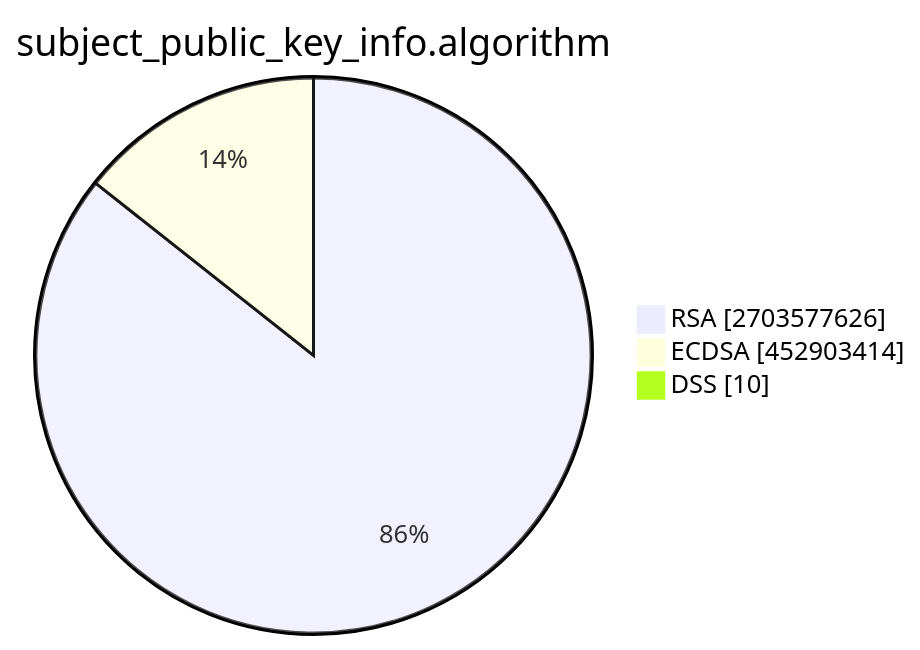
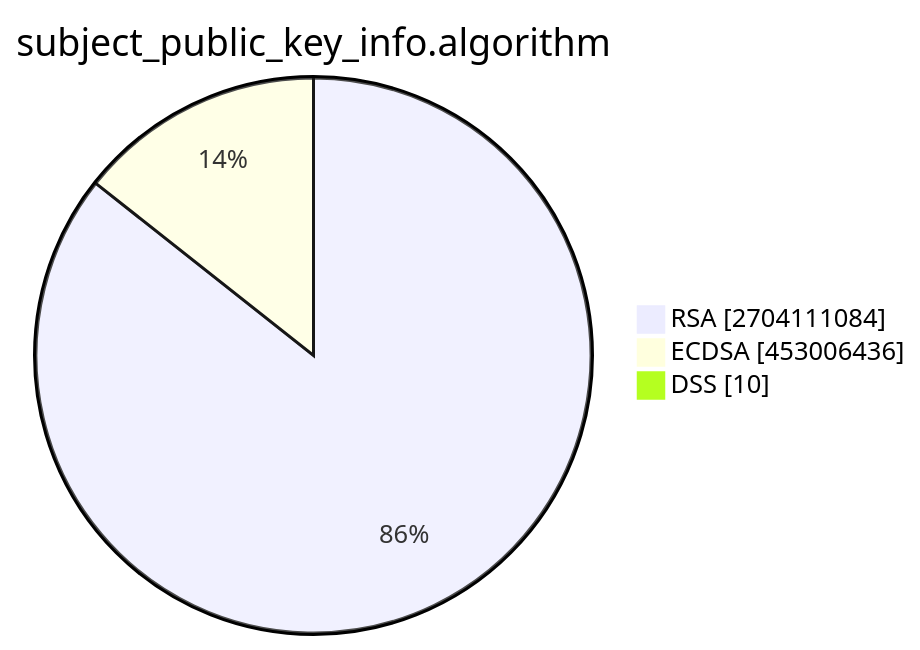
The second of 15 diagrams in TOTAL/README.md (christiankrug/ctmonitor_visualization), drawn with Mermaid before and after one commit. The commit also changed other lines of this file, not shown here.

````diff
--- a/TOTAL/README.md
+++ b/TOTAL/README.md
@@ -6,7 +6,7 @@
 ```mermaid
 pie showData
 title subject_public_key_info.algorithm
-"RSA" :2703577626
-"ECDSA" :452903414
+"RSA" :2704111084
+"ECDSA" :453006436
 "DSS" :10
 ```
````
